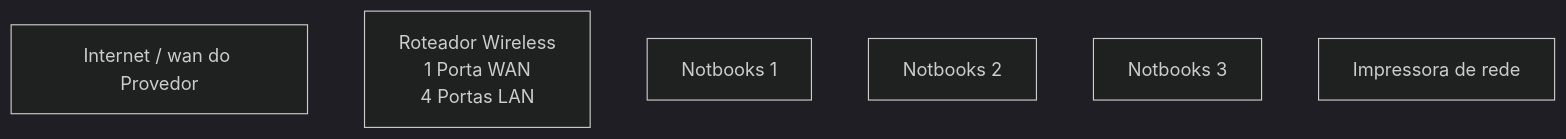
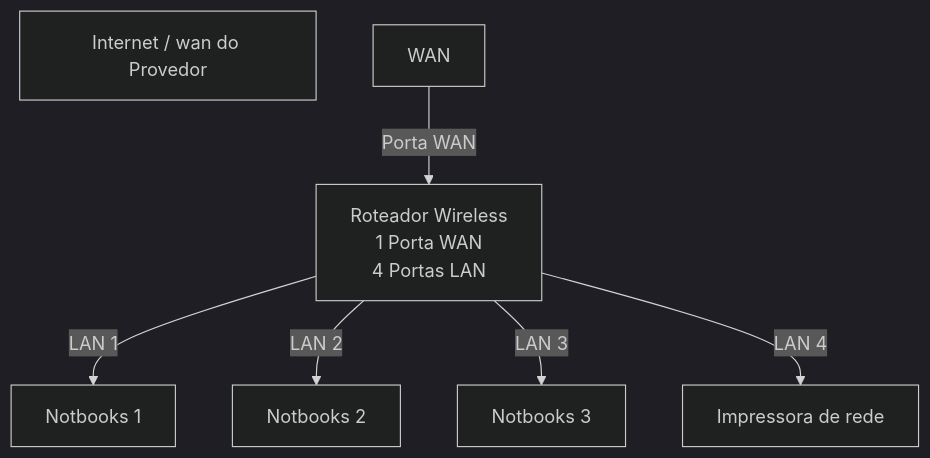
Before and after one commit to Ezequielsds/lab-redes01: the diagram in README.md, drawn with Mermaid (dark theme).

````diff
--- a/README.md
+++ b/README.md
@@ -36,13 +36,21 @@
 ```mermaid
 graph TD
 
 wan[Internet / wan do Provedor]
 
 Router[Roteador Wireless<br>1 Porta WAN<br>4 Portas LAN]
 
 PC1[Notbooks 1]
 PC2[Notbooks 2]
 PC3[Notbooks 3]
 
 Printer[Impressora de rede]
+
+WAN --> |Porta WAN| Router
+
+Router --> |LAN 1| PC1
+Router --> |LAN 2| PC2
+Router --> |LAN 3| PC3
+Router --> |LAN 4| Printer
+
 ```
````
